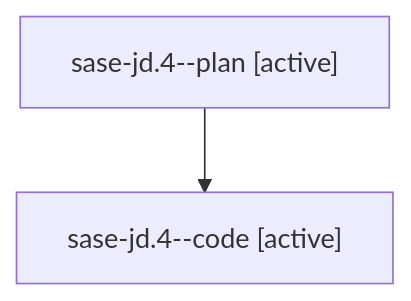
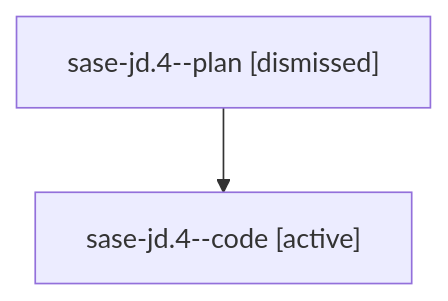
One commit to sase-org/sase--agents changed the diagram in families/bbugyi200.athena.sase-jd.4.md. Above: the diagram before and after it, drawn with Mermaid. The commit also changed other lines of this file and 73 other files, not shown here.

````diff
--- a/families/bbugyi200.athena.sase-jd.4.md
+++ b/families/bbugyi200.athena.sase-jd.4.md
@@ -9,6 +9,6 @@
 ```mermaid
 flowchart TD
-  n0["sase-jd.4--plan [active]"]
+  n0["sase-jd.4--plan [dismissed]"]
   n1["sase-jd.4--code [active]"]
   n0 --> n1
 ```
````
